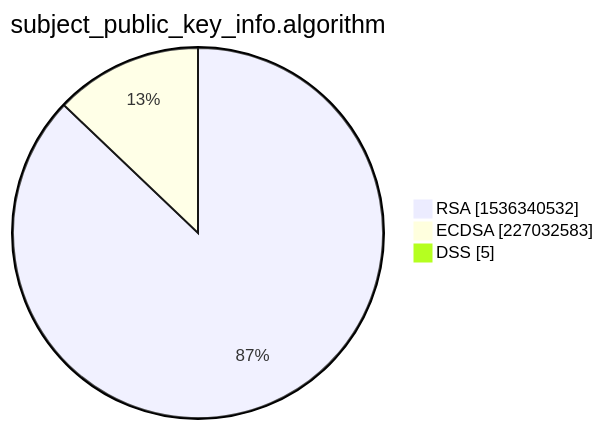
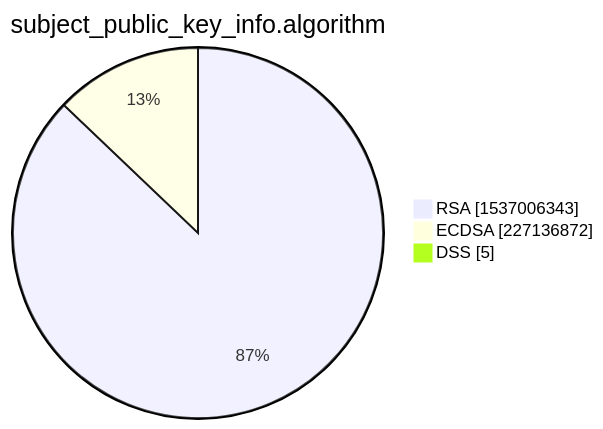
The third of 15 diagrams in xenon2022/README.md (christiankrug/ctmonitor_visualization), drawn with Mermaid before and after one commit. The commit also changed other lines of this file, not shown here.

````diff
--- a/xenon2022/README.md
+++ b/xenon2022/README.md
@@ -14,7 +14,7 @@
 ```mermaid
 pie showData
 title subject_public_key_info.algorithm
-"RSA" :1536340532
-"ECDSA" :227032583
+"RSA" :1537006343
+"ECDSA" :227136872
 "DSS" :5
 ```
````
